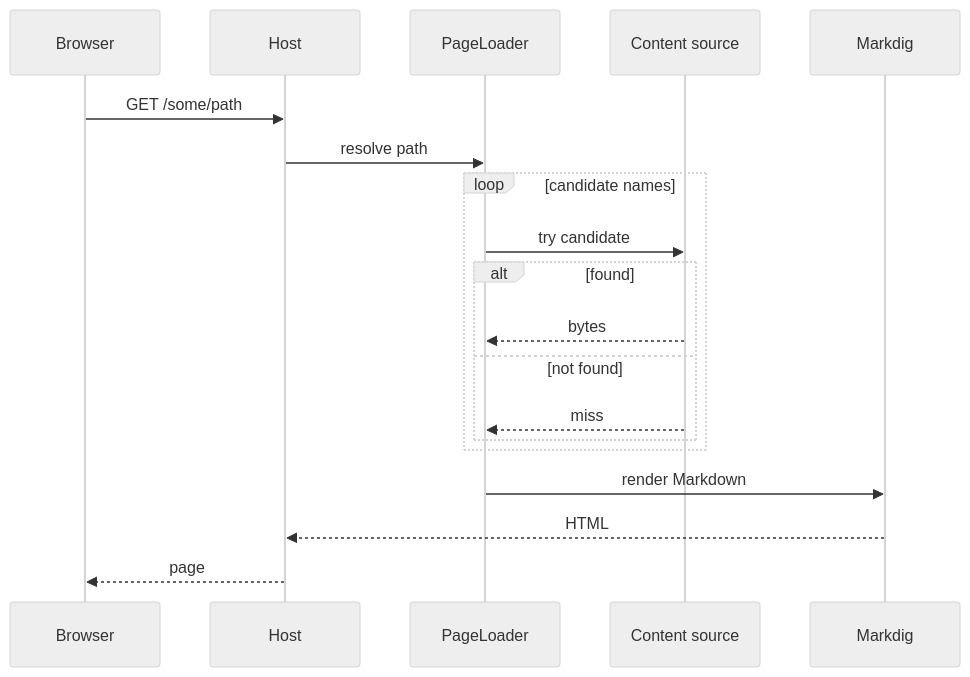
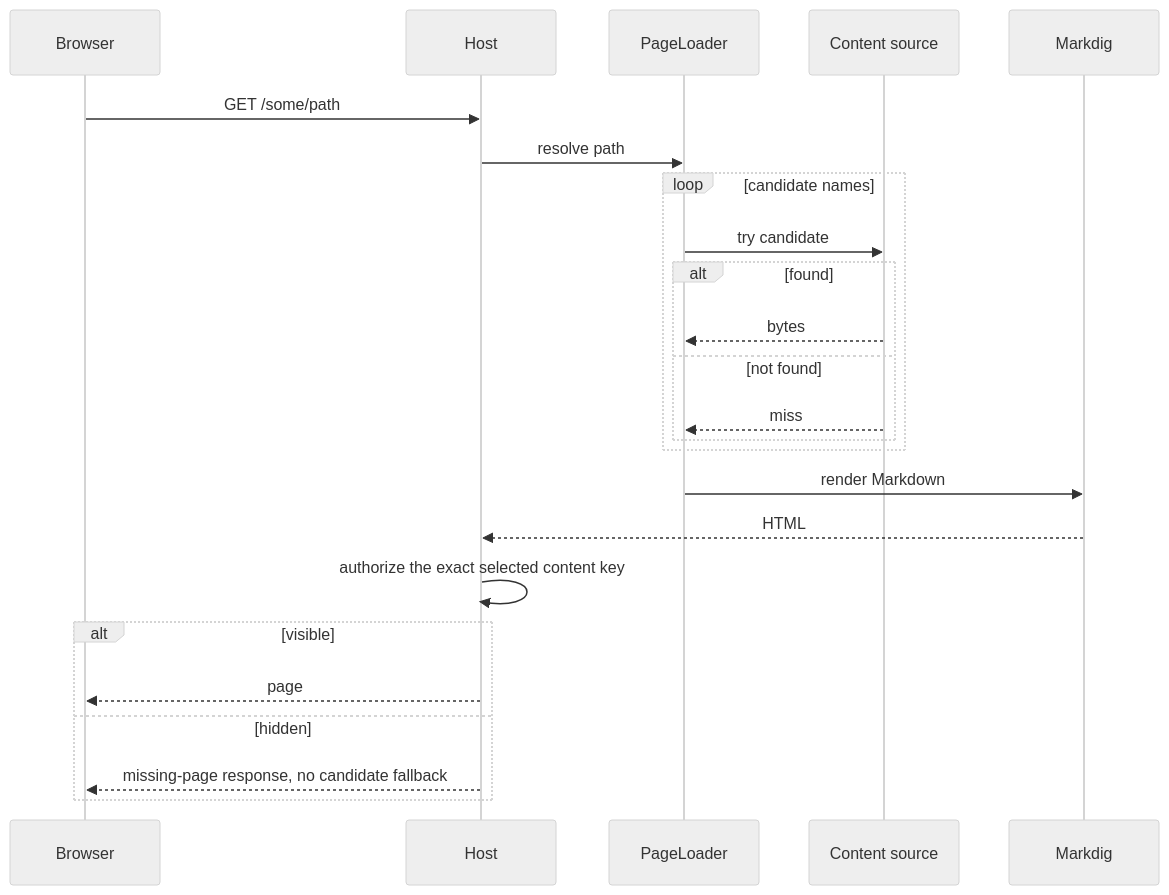
One commit to diginsight/smartdocs changed the second of 3 diagrams in src/docs/03.00-architecture/01-system-architecture.md. Above: the diagram before and after it, drawn with Mermaid (neutral theme). The commit also changed other lines of this file and 30 other files, not shown here.

````diff
--- a/src/docs/03.00-architecture/01-system-architecture.md
+++ b/src/docs/03.00-architecture/01-system-architecture.md
@@ -79,22 +79,27 @@
 ```mermaid
 sequenceDiagram
     participant B as Browser
     participant H as Host
     participant P as PageLoader
     participant S as Content source
     participant M as Markdig
 
     B->>H: GET /some/path
     H->>P: resolve path
     loop candidate names
         P->>S: try candidate
         alt found
             S-->>P: bytes
         else not found
             S-->>P: miss
         end
     end
     P->>M: render Markdown
     M-->>H: HTML
-    H-->>B: page
+    H->>H: authorize the exact selected content key
+    alt visible
+        H-->>B: page
+    else hidden
+        H-->>B: missing-page response, no candidate fallback
+    end
 ```
````
